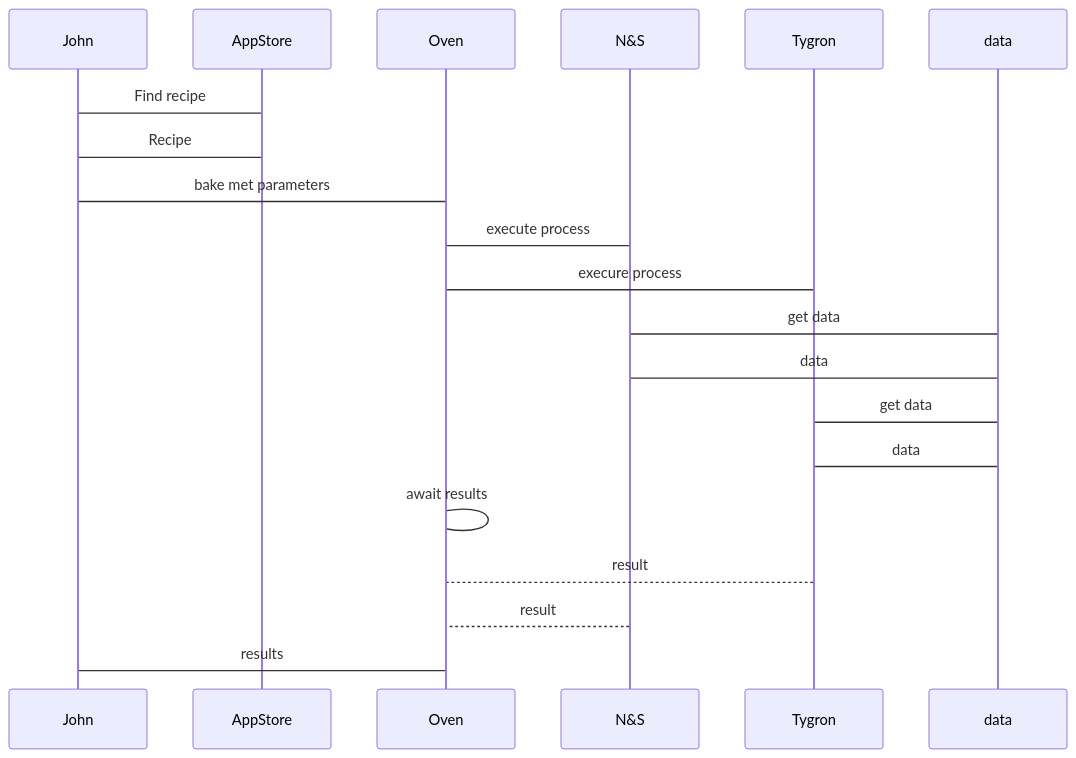
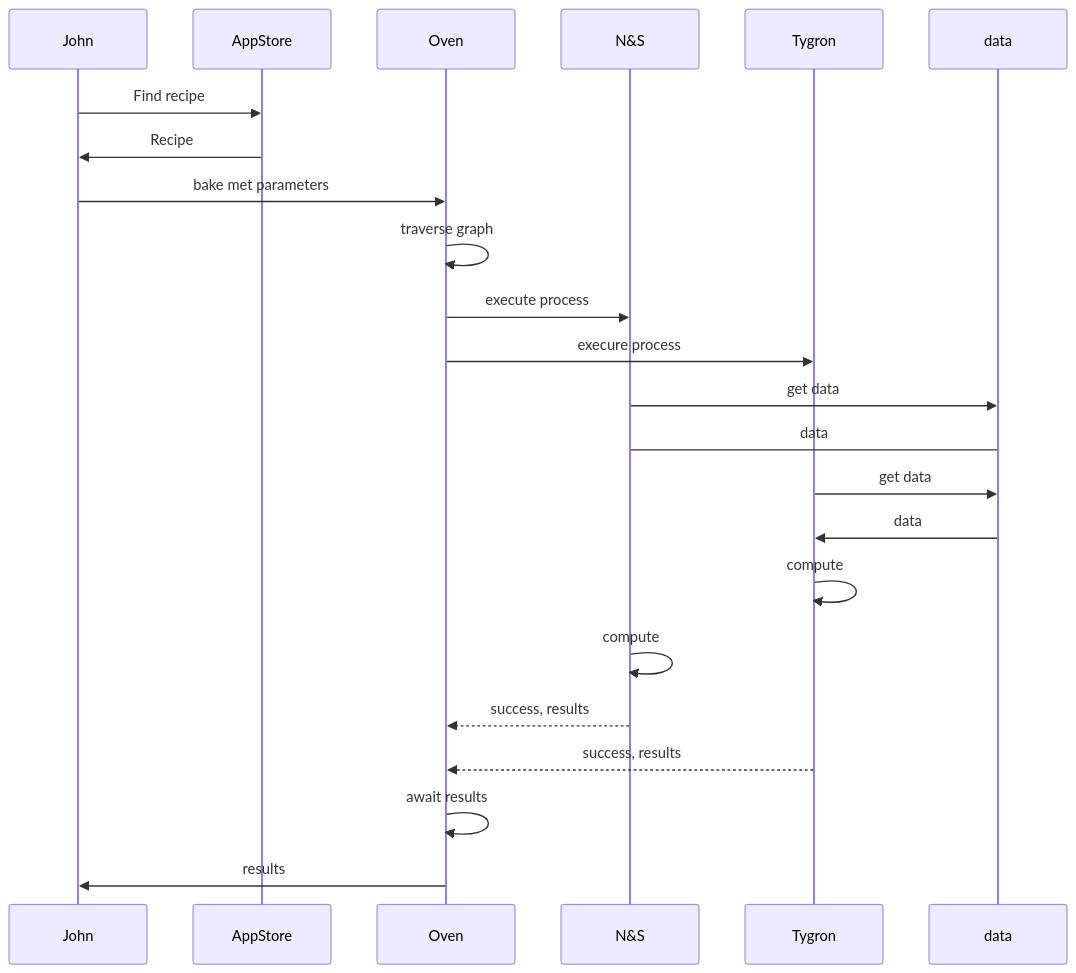
Before and after one commit to Geonovum/nLDT-AppStore: the diagram in README.md, drawn with Mermaid.

````diff
--- a/README.md
+++ b/README.md
@@ -14,18 +14,21 @@
 ```mermaid
 sequenceDiagram
     participant John
   
-    John->AppStore:Find recipe
-    AppStore->John:Recipe
-    John->Oven:bake met parameters
-    Oven->N&S:execute process
-    Oven->Tygron:execure process
-    N&S->data:get data
+    John->>AppStore:Find recipe
+    AppStore->>John:Recipe
+    John->>Oven:bake met parameters
+    Oven->>Oven: traverse graph
+    Oven->>N&S:execute process
+    Oven->>Tygron:execure process
+    N&S->>data:get data
     data->N&S: data
-    Tygron->data:get data
-    data->Tygron: data
-    Oven->Oven: await results
-    Tygron-->Oven: result
-    N&S-->Oven: result
-    Oven->John: results    
+    Tygron->>data:get data
+    data->>Tygron: data
+    Tygron->>Tygron: compute
+    N&S->>N&S: compute
+    N&S-->>Oven: success, results
+    Tygron-->>Oven: success, results
+    Oven->>Oven: await results
+    Oven->>John: results    
 ```
````
